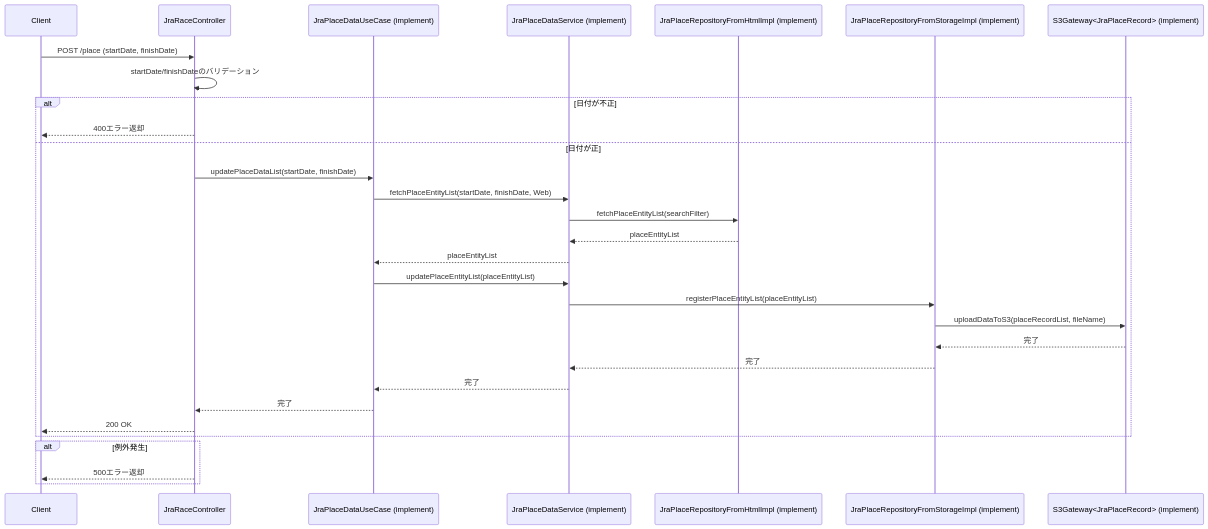
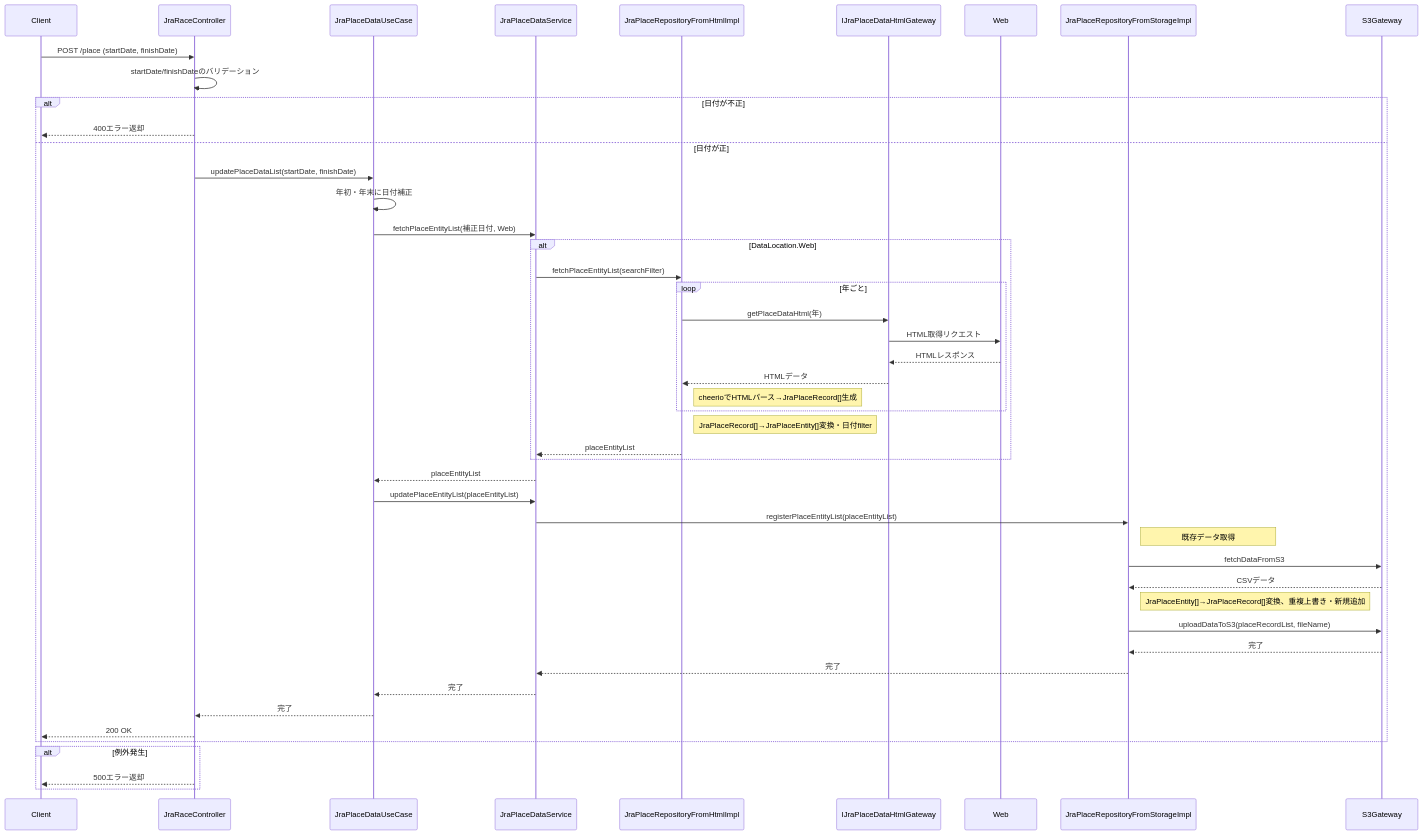
Before and after one commit to taichi6930/race-schedule-api: the diagram in document/detail-design/sequence/jra/updatePlaceDataList.md, drawn with Mermaid. The commit also changed 2 other files, not shown here.

Commit message:
fix: updatePlaceDataListシーケンス図をデータ取得フローに関する詳細を追加 fix: updateRaceDataListシーケンス図にプレースデータ取得の流れを追加 fix: updateRacesToCalendarシーケンス図にレースデータ取得の詳細を追加

````diff
--- a/document/detail-design/sequence/jra/updatePlaceDataList.md
+++ b/document/detail-design/sequence/jra/updatePlaceDataList.md
@@ -3,33 +3,50 @@
 ```mermaid
 sequenceDiagram
     participant Client
     participant JraRaceController
-    participant JraPlaceDataUseCase as JraPlaceDataUseCase (implement)
-    participant JraPlaceDataService as JraPlaceDataService (implement)
-    participant JraPlaceRepositoryFromHtmlImpl as JraPlaceRepositoryFromHtmlImpl (implement)
-    participant JraPlaceRepositoryFromStorageImpl as JraPlaceRepositoryFromStorageImpl (implement)
-    participant S3Gateway as S3Gateway<JraPlaceRecord> (implement)
+    participant JraPlaceDataUseCase
+    participant JraPlaceDataService
+    participant JraPlaceRepositoryFromHtmlImpl
+    participant IJraPlaceDataHtmlGateway
+    participant Web
+    participant JraPlaceRepositoryFromStorageImpl
+    participant S3Gateway
 
     Client->>JraRaceController: POST /place (startDate, finishDate)
     JraRaceController->>JraRaceController: startDate/finishDateのバリデーション
     alt 日付が不正
         JraRaceController-->>Client: 400エラー返却
     else 日付が正
         JraRaceController->>JraPlaceDataUseCase: updatePlaceDataList(startDate, finishDate)
-        JraPlaceDataUseCase->>JraPlaceDataService: fetchPlaceEntityList(startDate, finishDate, Web)
-        JraPlaceDataService->>JraPlaceRepositoryFromHtmlImpl: fetchPlaceEntityList(searchFilter)
-        JraPlaceRepositoryFromHtmlImpl-->>JraPlaceDataService: placeEntityList
+        JraPlaceDataUseCase->>JraPlaceDataUseCase: 年初・年末に日付補正
+        JraPlaceDataUseCase->>JraPlaceDataService: fetchPlaceEntityList(補正日付, Web)
+        alt DataLocation.Web
+            JraPlaceDataService->>JraPlaceRepositoryFromHtmlImpl: fetchPlaceEntityList(searchFilter)
+            loop 年ごと
+                JraPlaceRepositoryFromHtmlImpl->>IJraPlaceDataHtmlGateway: getPlaceDataHtml(年)
+                IJraPlaceDataHtmlGateway->>Web: HTML取得リクエスト
+                Web-->>IJraPlaceDataHtmlGateway: HTMLレスポンス
+                IJraPlaceDataHtmlGateway-->>JraPlaceRepositoryFromHtmlImpl: HTMLデータ
+                note right of JraPlaceRepositoryFromHtmlImpl: cheerioでHTMLパース→JraPlaceRecord[]生成
+            end
+            note right of JraPlaceRepositoryFromHtmlImpl: JraPlaceRecord[]→JraPlaceEntity[]変換・日付filter
+            JraPlaceRepositoryFromHtmlImpl-->>JraPlaceDataService: placeEntityList
+        end
         JraPlaceDataService-->>JraPlaceDataUseCase: placeEntityList
         JraPlaceDataUseCase->>JraPlaceDataService: updatePlaceEntityList(placeEntityList)
         JraPlaceDataService->>JraPlaceRepositoryFromStorageImpl: registerPlaceEntityList(placeEntityList)
+        note right of JraPlaceRepositoryFromStorageImpl: 既存データ取得
+        JraPlaceRepositoryFromStorageImpl->>S3Gateway: fetchDataFromS3
+        S3Gateway-->>JraPlaceRepositoryFromStorageImpl: CSVデータ
+        note right of JraPlaceRepositoryFromStorageImpl: JraPlaceEntity[]→JraPlaceRecord[]変換、重複上書き・新規追加
         JraPlaceRepositoryFromStorageImpl->>S3Gateway: uploadDataToS3(placeRecordList, fileName)
         S3Gateway-->>JraPlaceRepositoryFromStorageImpl: 完了
         JraPlaceRepositoryFromStorageImpl-->>JraPlaceDataService: 完了
         JraPlaceDataService-->>JraPlaceDataUseCase: 完了
         JraPlaceDataUseCase-->>JraRaceController: 完了
         JraRaceController-->>Client: 200 OK
     end
     alt 例外発生
         JraRaceController-->>Client: 500エラー返却
     end
 ```
````
